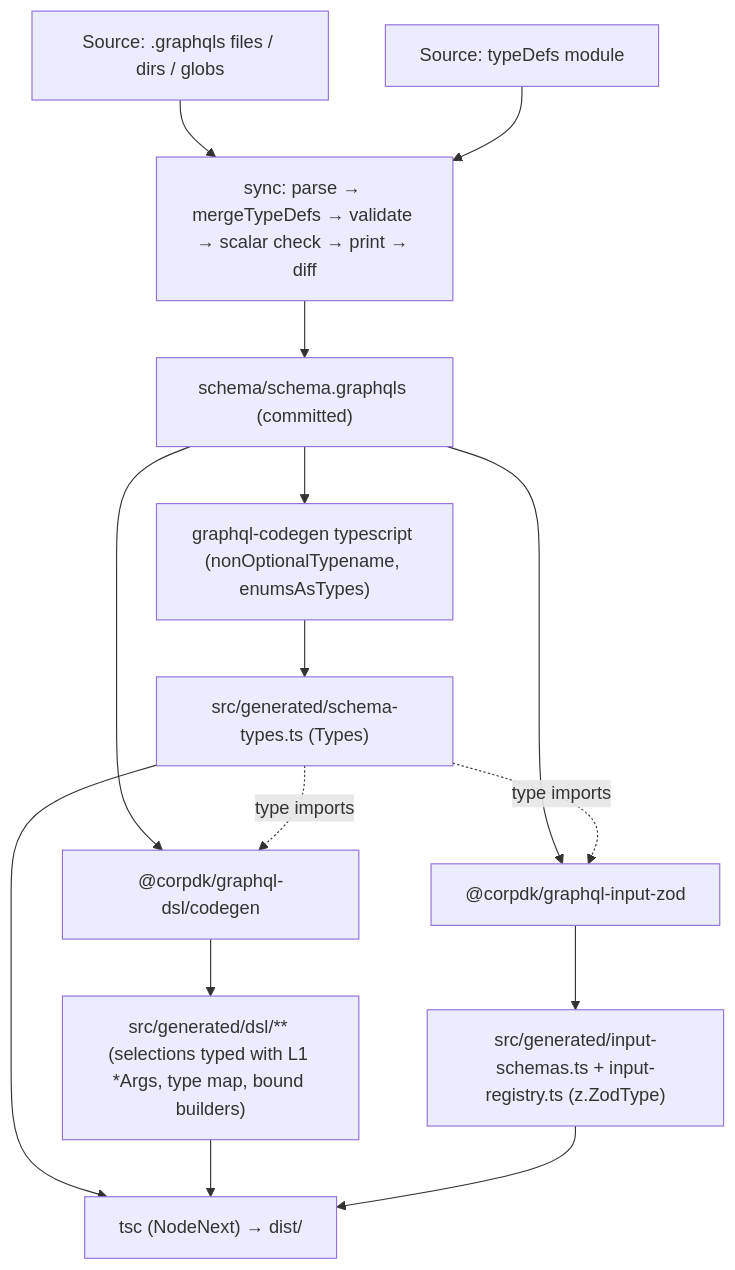
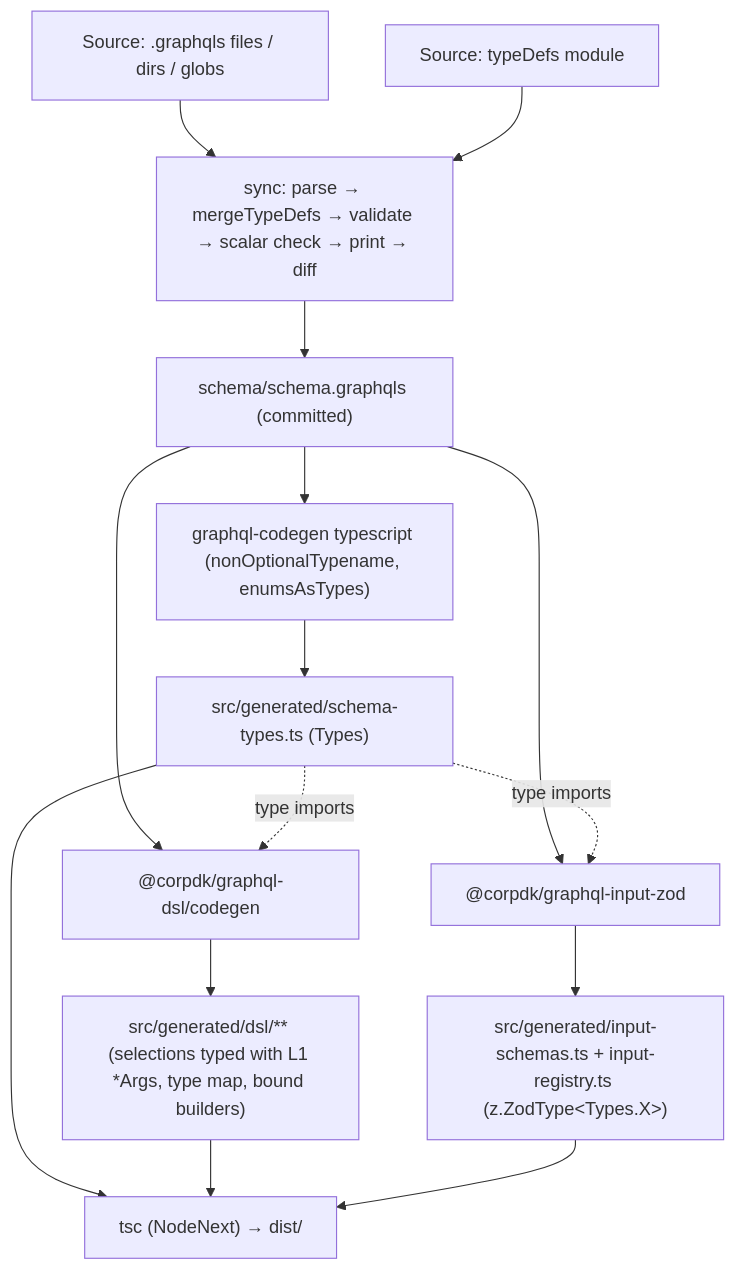
The diagram in docs/developer/13-graphql-sdk-generator.md (CorpDK/coding-templates), drawn with Mermaid before and after one commit. The commit also changed other lines of this file, not shown here.

First line of the commit message:
docs(sdk-generator): keep graphql-dsl in monorepo; fix diagram label

````diff
--- a/docs/developer/13-graphql-sdk-generator.md
+++ b/docs/developer/13-graphql-sdk-generator.md
@@ -297,28 +297,28 @@
 ```mermaid
 flowchart TD
   S1["Source: .graphqls files / dirs / globs"]
   S2["Source: typeDefs module"]
   SYNC["sync: parse → mergeTypeDefs → validate → scalar check → print → diff"]
   SNAP["schema/schema.graphqls (committed)"]
   GC["graphql-codegen typescript (nonOptionalTypename, enumsAsTypes)"]
   L1["src/generated/schema-types.ts (Types)"]
   DSL["@corpdk/graphql-dsl/codegen"]
   L2["src/generated/dsl/** (selections typed with L1 *Args, type map, bound builders)"]
   IZ["@corpdk/graphql-input-zod"]
-  L3["src/generated/input-schemas.ts + input-registry.ts (z.ZodType<Types.X>)"]
+  L3["src/generated/input-schemas.ts + input-registry.ts (z.ZodType#lt;Types.X#gt;)"]
   TSC["tsc (NodeNext) → dist/"]
 
   S1 --> SYNC
   S2 --> SYNC
   SYNC --> SNAP
   SNAP --> GC --> L1
   SNAP --> DSL
-  L1 -. "type imports" .-> DSL
+  L1 -. type imports .-> DSL
   DSL --> L2
   SNAP --> IZ
-  L1 -. "type imports" .-> IZ
+  L1 -. type imports .-> IZ
   IZ --> L3
   L1 --> TSC
   L2 --> TSC
   L3 --> TSC
 ```
````
